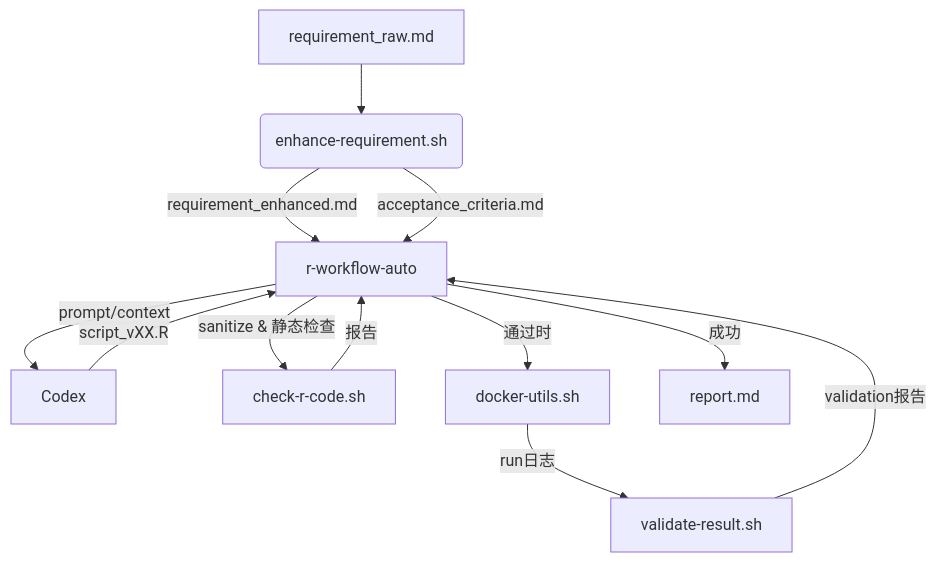
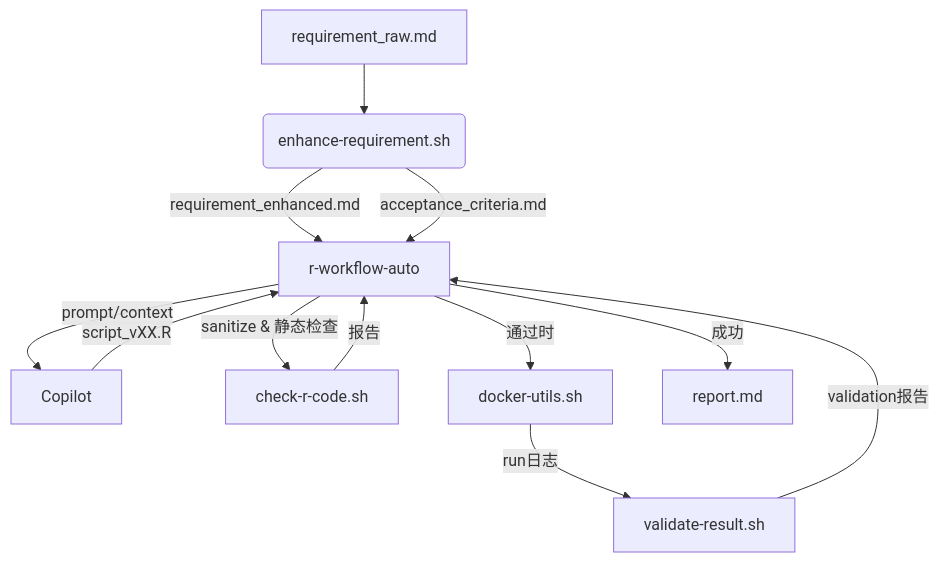
The diagram in docs/architecture.md (lichaozhao/r-sample), drawn with Mermaid before and after one commit. The commit also changed other lines of this file and 16 other files, not shown here.

Commit message:
codex to copilot cli

````diff
--- a/docs/architecture.md
+++ b/docs/architecture.md
@@ -24,14 +25,14 @@
 ```mermaid
 graph TD
     A[requirement_raw.md] --> B(enhance-requirement.sh)
     B -->|requirement_enhanced.md| C[r-workflow-auto]
     B -->|acceptance_criteria.md| C
-    C -->|prompt/context| D[Codex]
+    C -->|prompt/context| D[Copilot]
     D -->|script_vXX.R| C
     C -->|sanitize & 静态检查| E[check-r-code.sh]
     E -->|报告| C
     C -->|通过时| F[docker-utils.sh]
     F -->|run日志| G[validate-result.sh]
     G -->|validation报告| C
     C -->|成功| H[report.md]
 ```
````
